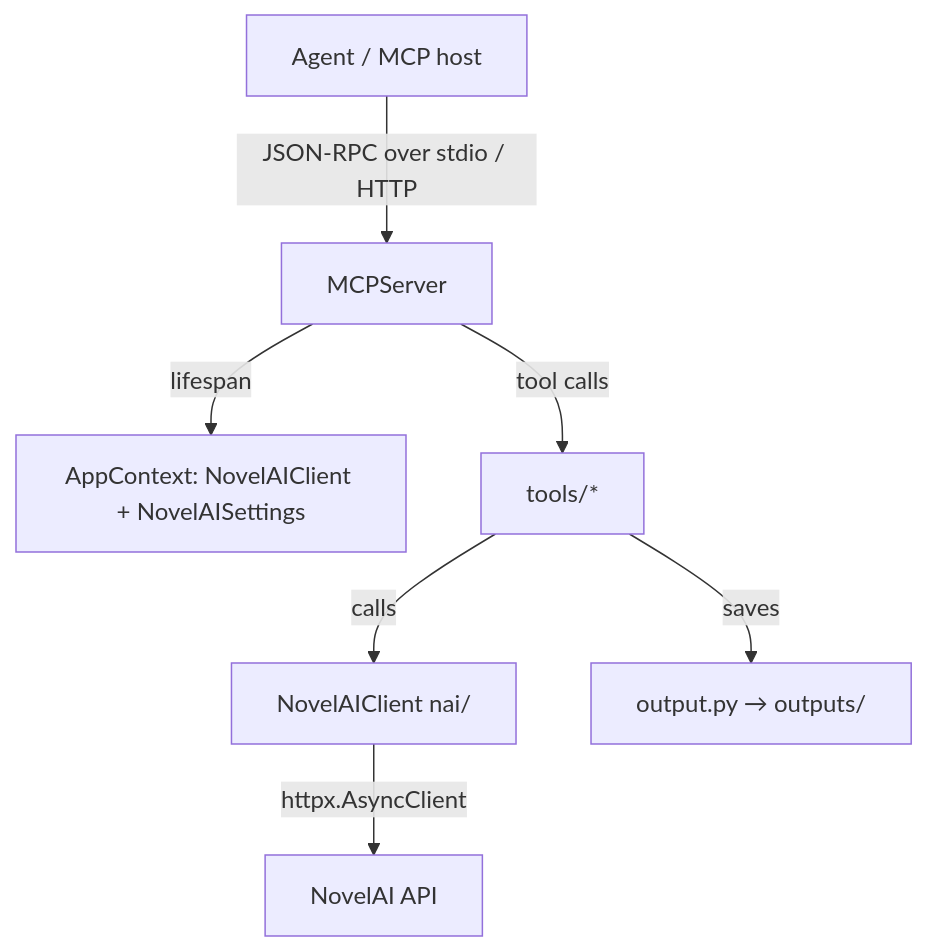
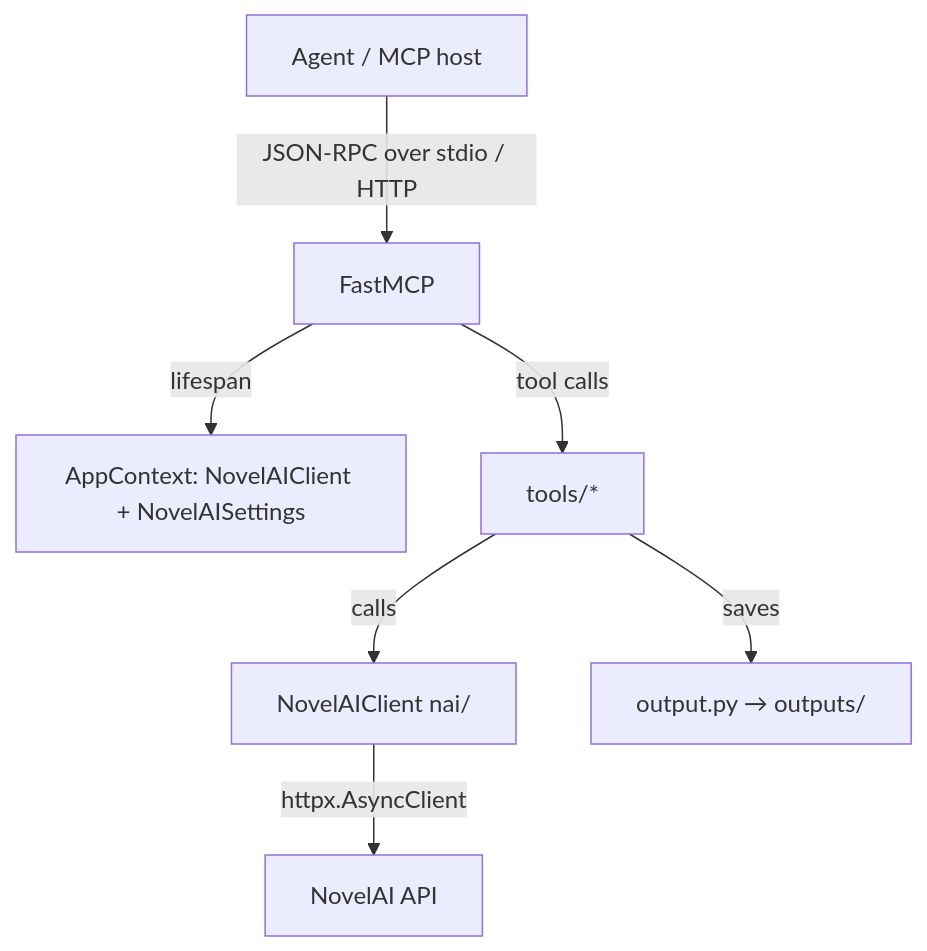
The diagram in apps/docs/source/development/architecture.md (xinvxueyuan/NovelAI-Image-MCP), drawn with Mermaid before and after one commit. The commit also changed other lines of this file and 30 other files, not shown here.

````diff
--- a/apps/docs/source/development/architecture.md
+++ b/apps/docs/source/development/architecture.md
@@ -8,9 +8,9 @@
 ```{mermaid}
 graph TD
-    A[Agent / MCP host] -->|JSON-RPC over stdio / HTTP| B[MCPServer]
+    A[Agent / MCP host] -->|JSON-RPC over stdio / HTTP| B[FastMCP]
     B -->|lifespan| C[AppContext: NovelAIClient + NovelAISettings]
     B -->|tool calls| D[tools/*]
     D -->|calls| E[NovelAIClient nai/]
     E -->|httpx.AsyncClient| F[NovelAI API]
     D -->|saves| G[output.py → outputs/]
 ```
````
